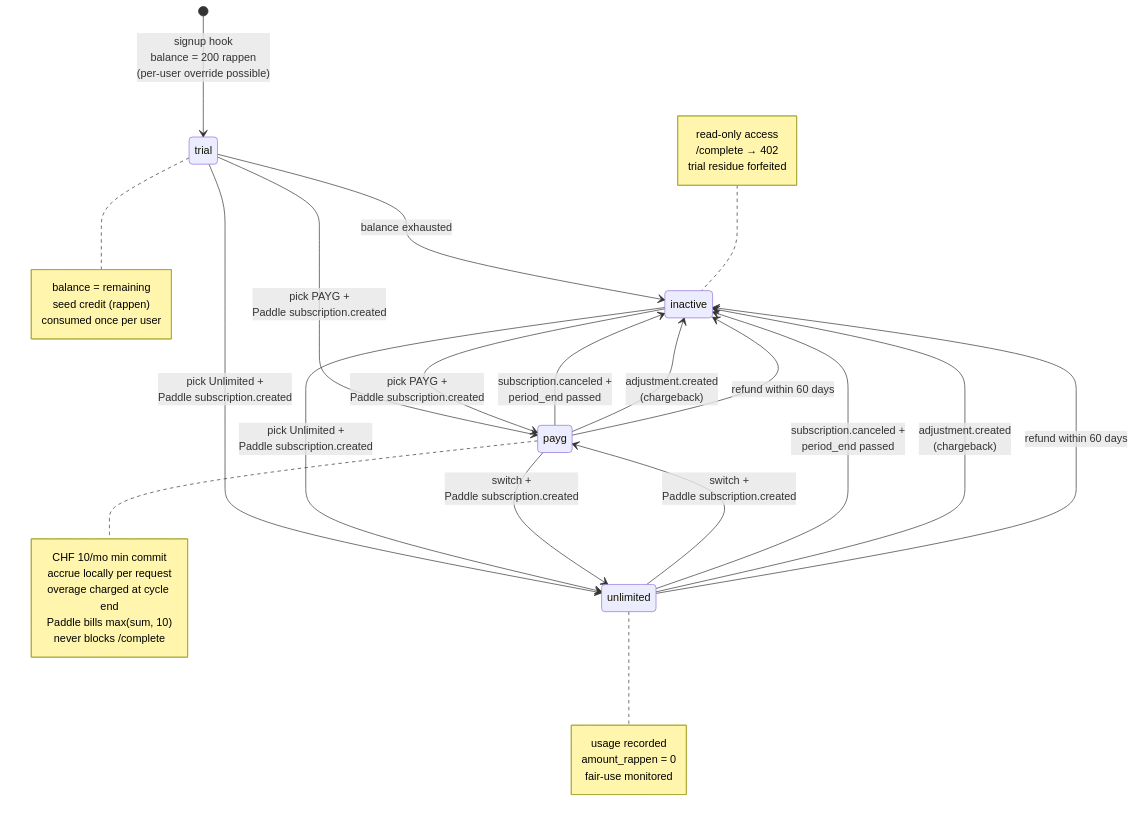
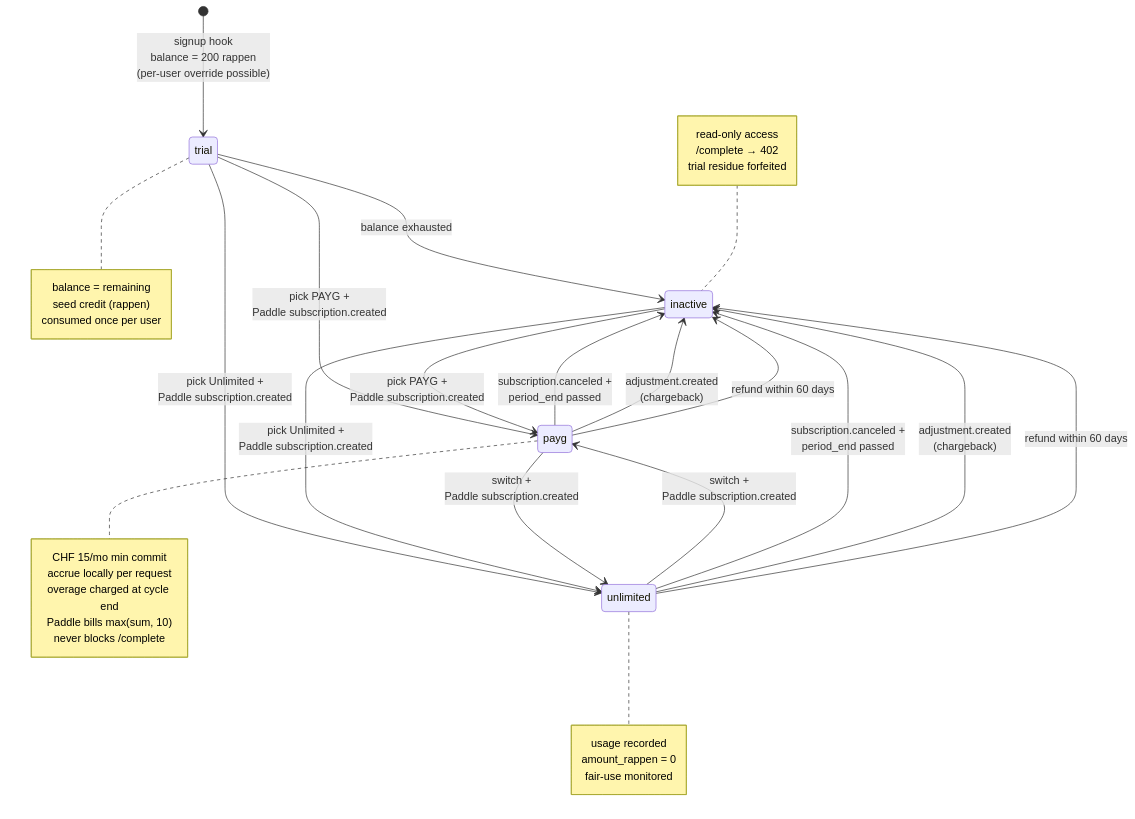
The third of 7 diagrams in docs/specs/billing.md (cognos-io/chat.cognos.io), drawn with Mermaid before and after one commit. The commit also changed other lines of this file and 2 other files, not shown here.

First line of the commit message:
docs(billing): correct PAYG minimum to CHF 15 across spec and runbook

````diff
--- a/docs/specs/billing.md
+++ b/docs/specs/billing.md
@@ -398,40 +398,40 @@
 ```mermaid
 stateDiagram-v2
     [*] --> trial: signup hook<br/>balance = 200 rappen<br/>(per-user override possible)
     trial --> inactive: balance exhausted
     trial --> payg: pick PAYG +<br/>Paddle subscription.created
     trial --> unlimited: pick Unlimited +<br/>Paddle subscription.created
     inactive --> payg: pick PAYG +<br/>Paddle subscription.created
     inactive --> unlimited: pick Unlimited +<br/>Paddle subscription.created
     payg --> unlimited: switch +<br/>Paddle subscription.created
     unlimited --> payg: switch +<br/>Paddle subscription.created
     payg --> inactive: subscription.canceled +<br/>period_end passed
     unlimited --> inactive: subscription.canceled +<br/>period_end passed
     payg --> inactive: adjustment.created<br/>(chargeback)
     unlimited --> inactive: adjustment.created<br/>(chargeback)
     payg --> inactive: refund within 60 days
     unlimited --> inactive: refund within 60 days
 
     note right of trial
         balance = remaining
         seed credit (rappen)
         consumed once per user
     end note
     note right of payg
-        CHF 10/mo min commit
+        CHF 15/mo min commit
         accrue locally per request
         overage charged at cycle end
         Paddle bills max(sum, 10)
         never blocks /complete
     end note
     note right of unlimited
         usage recorded
         amount_rappen = 0
         fair-use monitored
     end note
     note left of inactive
         read-only access
         /complete → 402
         trial residue forfeited
     end note
 ```
````
